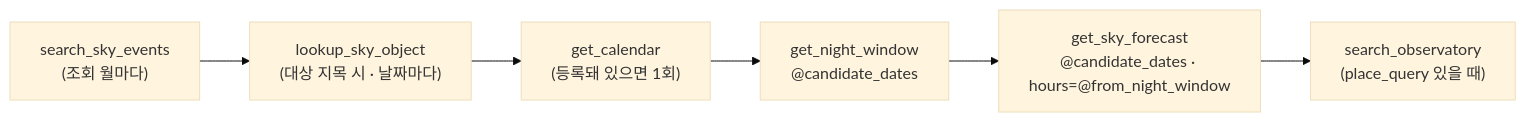
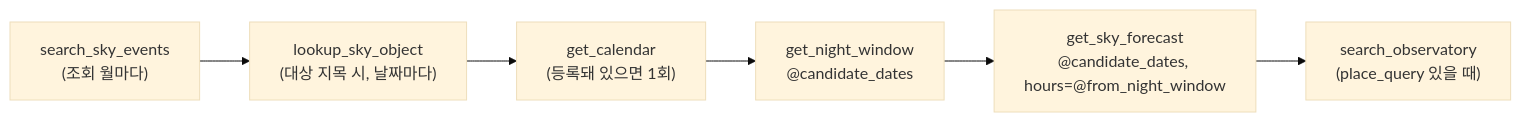
The second of 4 diagrams in docs/AGENT_DESIGN.md (bnbong/Astrowatch), drawn with Mermaid (base theme) before and after one commit. The commit also changed other lines of this file and 99 other files, not shown here.

````diff
--- a/docs/AGENT_DESIGN.md
+++ b/docs/AGENT_DESIGN.md
@@ -90,8 +90,8 @@
 ```mermaid
 flowchart LR
-  E["search_sky_events<br/>(조회 월마다)"] --> O["lookup_sky_object<br/>(대상 지목 시 · 날짜마다)"]
+  E["search_sky_events<br/>(조회 월마다)"] --> O["lookup_sky_object<br/>(대상 지목 시, 날짜마다)"]
   O --> C["get_calendar<br/>(등록돼 있으면 1회)"]
   C --> N["get_night_window<br/>@candidate_dates"]
-  N --> F["get_sky_forecast<br/>@candidate_dates · hours=@from_night_window"]
+  N --> F["get_sky_forecast<br/>@candidate_dates, hours=@from_night_window"]
   F --> K["search_observatory<br/>(place_query 있을 때)"]
 ```
````
